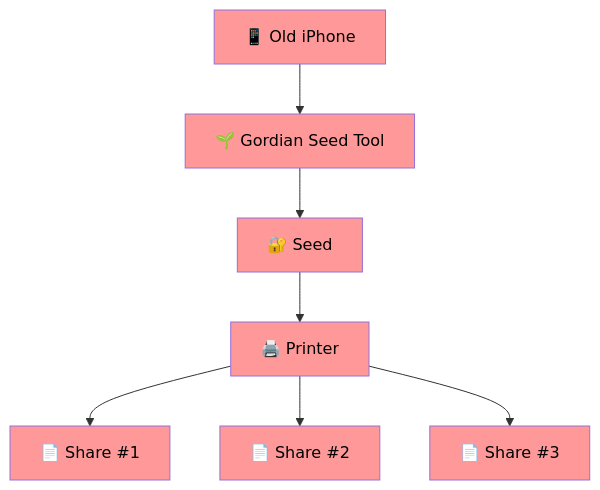
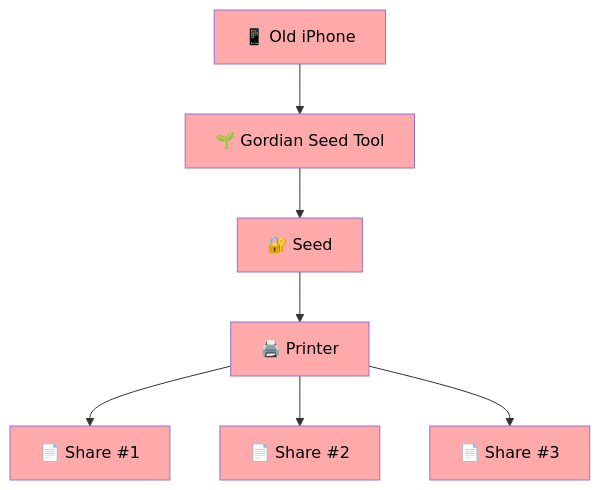
The tenth of 27 diagrams in Docs/Scenario-Multisig.md (BlockchainCommons/SmartCustody), drawn with Mermaid before and after one commit. The commit also changed other lines of this file, not shown here.

````diff
--- a/Docs/Scenario-Multisig.md
+++ b/Docs/Scenario-Multisig.md
@@ -355,24 +355,24 @@
 ```mermaid
     graph TD;
     A["📱 Old iPhone"]
     B["🌱 Gordian Seed Tool"]
     C["🔐 Seed"]
     D["🖨️ Printer"]
     E["📄 Share #1"]
     F["📄 Share #2"]
     G["📄 Share #3"]
     
     A-->B-->C
     C-->D
     D-->E
     D-->F
     D-->G
   
-    style A color:#000,fill:#ff9999;
-style B color:#000,fill:#ff9999;
-style C color:#000,fill:#ff9999;
-style D color:#000,fill:#ff9999;
-style E color:#000,fill:#ff9999;
-style F color:#000,fill:#ff9999;
-style G color:#000,fill:#ff9999;
+    style A color:#000,fill:#ffaaaa;
+style B color:#000,fill:#ffaaaa;
+style C color:#000,fill:#ffaaaa;
+style D color:#000,fill:#ffaaaa;
+style E color:#000,fill:#ffaaaa;
+style F color:#000,fill:#ffaaaa;
+style G color:#000,fill:#ffaaaa;
 ```
````
